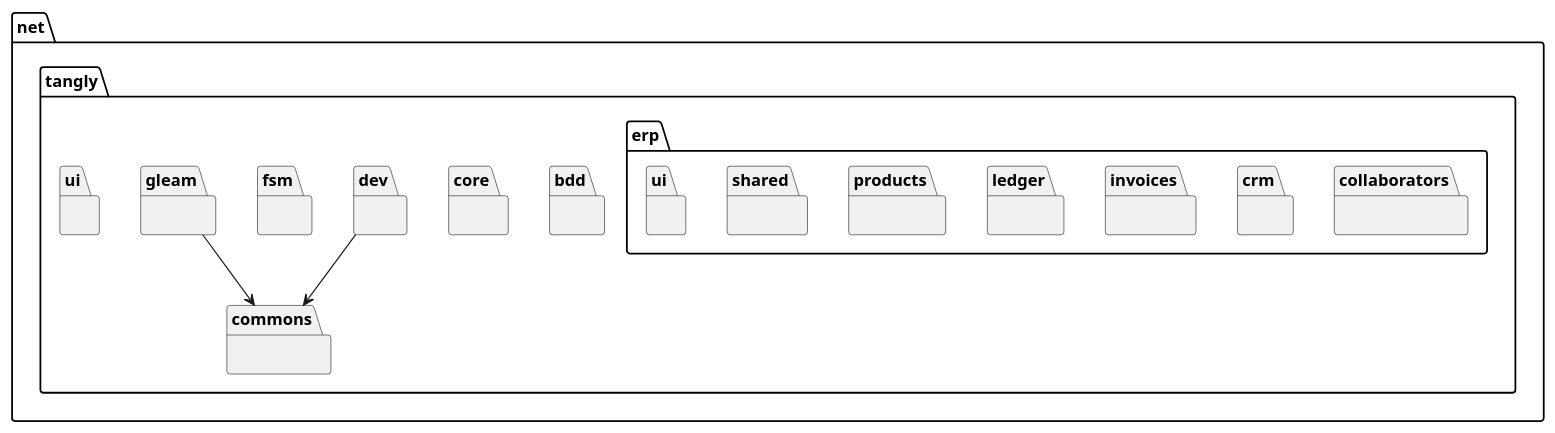
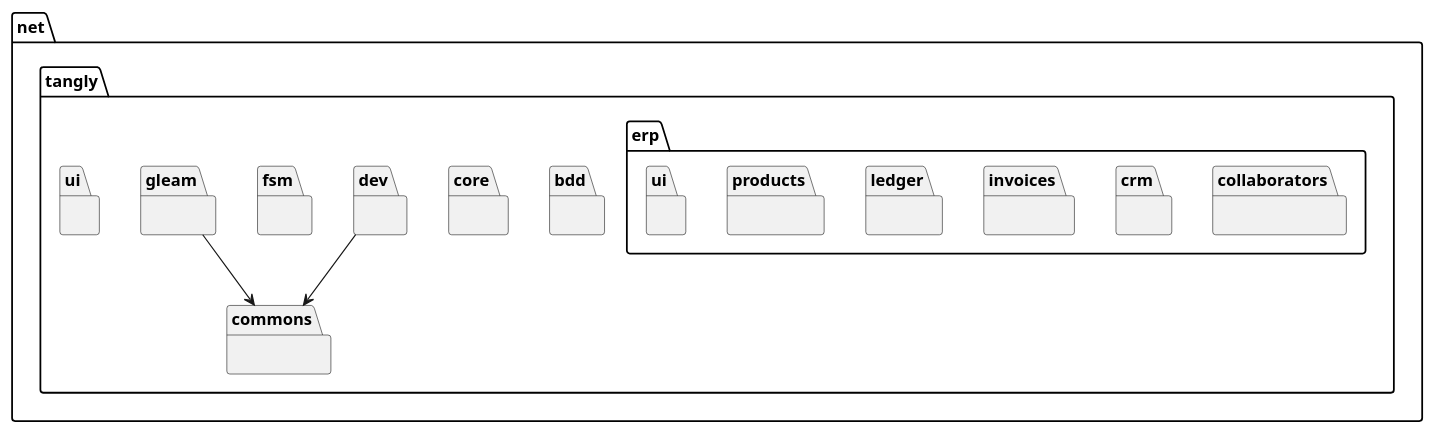
The diagram in src/site/website/content/ideas/components-publication.adoc (tangly-team/tangly-os), drawn with PlantUML before and after one commit. The commit also changed other lines of this file and 10 other files, not shown here.

```diff
--- a/src/site/website/content/ideas/components-publication.adoc
+++ b/src/site/website/content/ideas/components-publication.adoc
@@ -58,49 +58,46 @@
 [plantuml,target=tangly-componentsDependencies,format=svg,width="100%",opts="inline",svg-type="inline"]
 ....
 @startuml
 
 package net.tangly.bdd [[/docs/bdd/]] {
 }
 
 package net.tangly.commons [[/docs/commons/]] {
 }
 
 package net.tangly.core [[/docs/core/]] {
 }
 
 package net.tangly.dev [[/docs/dev/]] {
 }
 net.tangly.dev --> net.tangly.commons
 
 package net.tangly.fsm [[/docs/fsm/]] {
 }
 
 package net.tangly.gleam [[/docs/gleam/]] {
 }
 net.tangly.gleam --> net.tangly.commons
 
 package net.tangly.ui [[/docs/ui/]] {
 }
 
 package net.tangly.erp.collaborators [[/docs/domains/collaborators]] {
 }
 
 package net.tangly.erp.crm [[/docs/domains/crm]] {
 }
 
 package net.tangly.erp.invoices [[/docs/domains/invoices]] {
 }
 
 package net.tangly.erp.ledger [[/docs/domains/ledger]] {
 }
 
 package net.tangly.erp.products [[/docs/domains/products]] {
 }
 
-package net.tangly.erp.shared [[/docs/domains/shared]] {
-}
-
 package net.tangly.erp.ui [[/docs/domains/ui]] {
 }
 @enduml
 ....
```
